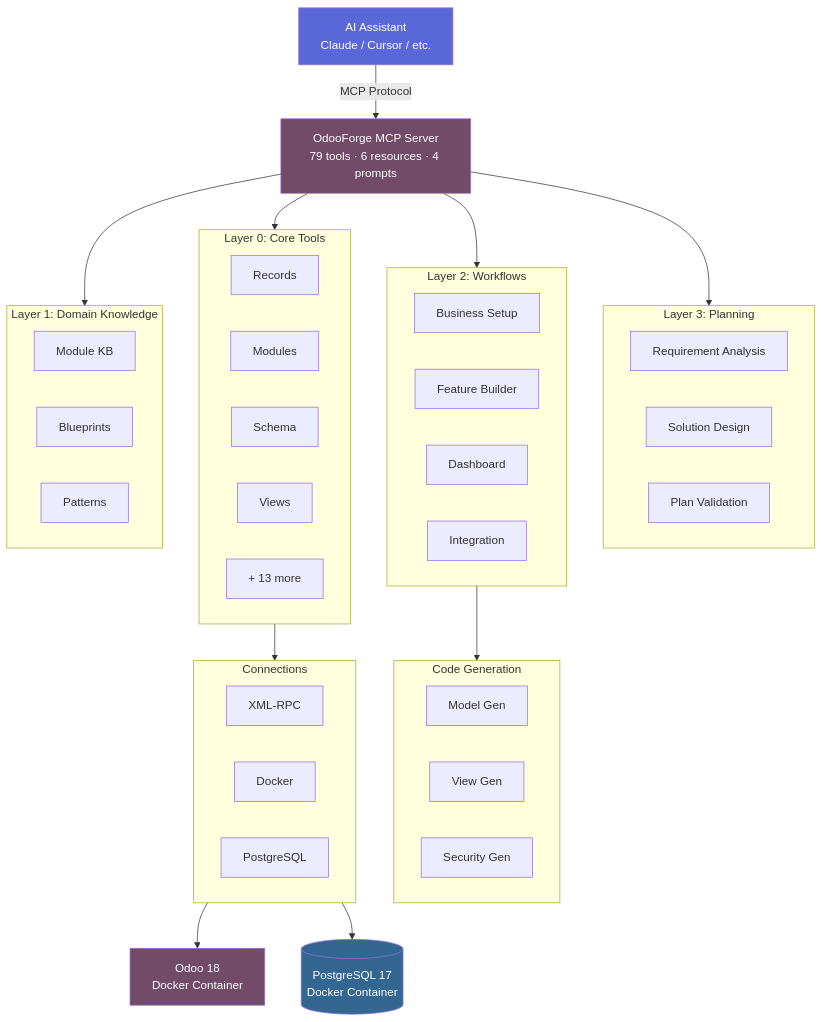
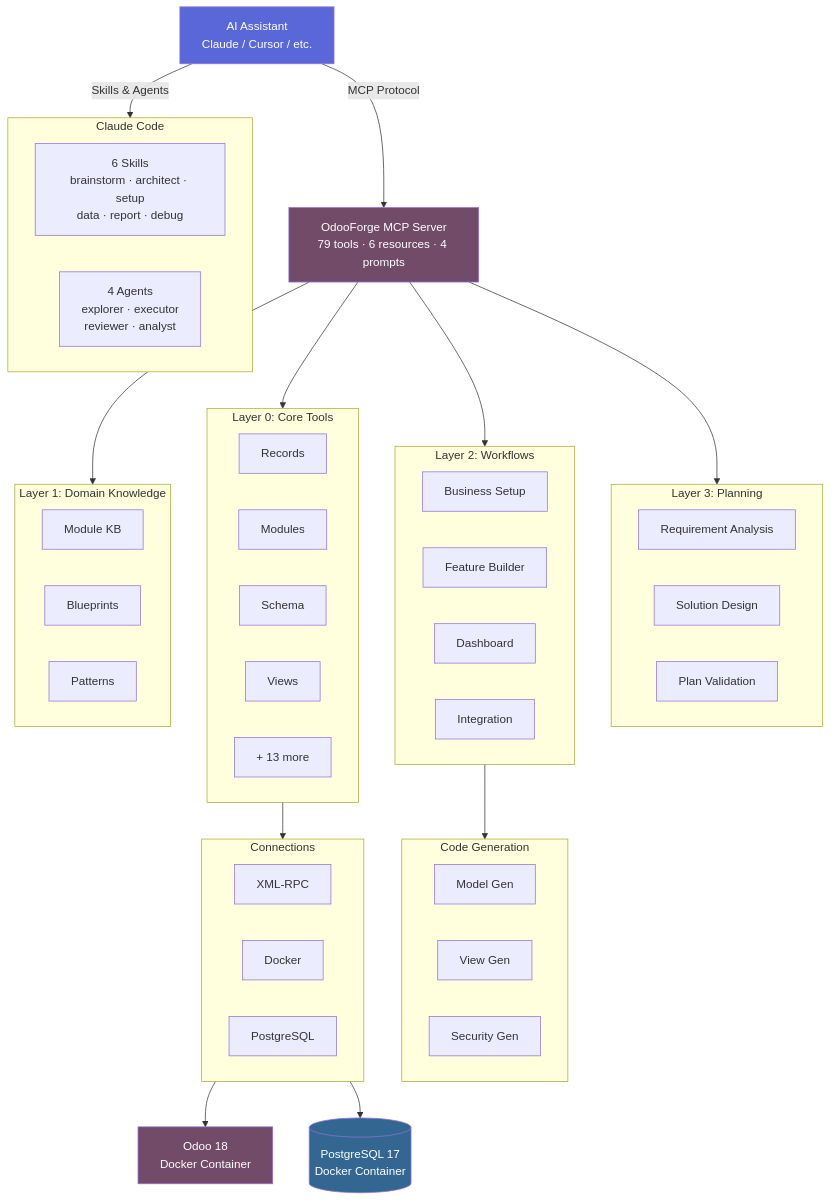
Before and after one commit to hamzatrq/odoo-forge: the diagram in README.md, drawn with Mermaid. The commit also changed other lines of this file and 3 other files, not shown here.

First line of the commit message:
docs: comprehensive update for v0.3.0 — skills, agents, lifecycle

````diff
--- a/README.md
+++ b/README.md
@@ -242,65 +289,73 @@
 ```mermaid
 graph TB
     AI[AI Assistant<br/>Claude / Cursor / etc.] -->|MCP Protocol| MCP[OdooForge MCP Server<br/>79 tools · 6 resources · 4 prompts]
+
+    AI -->|Skills & Agents| CC[Claude Code Integration<br/>6 skills · 4 agents]
 
     MCP --> Planning[Planning Layer]
     MCP --> Workflows[Workflow Layer]
     MCP --> Tools[Core Tool Layer]
     MCP --> Knowledge[Knowledge Layer]
+
+    subgraph CC[Claude Code]
+        direction LR
+        Skills[6 Skills<br/>brainstorm · architect · setup<br/>data · report · debug]
+        Agents[4 Agents<br/>explorer · executor<br/>reviewer · analyst]
+    end
 
     subgraph Planning[Layer 3: Planning]
         direction LR
         P1[Requirement Analysis]
         P2[Solution Design]
         P3[Plan Validation]
     end
 
     subgraph Workflows[Layer 2: Workflows]
         direction LR
         W1[Business Setup]
         W2[Feature Builder]
         W3[Dashboard]
         W4[Integration]
     end
 
     subgraph Tools[Layer 0: Core Tools]
         direction LR
         T1[Records]
         T2[Modules]
         T3[Schema]
         T4[Views]
         T5[+ 13 more]
     end
 
     subgraph Knowledge[Layer 1: Domain Knowledge]
         direction LR
         K1[Module KB]
         K2[Blueprints]
         K3[Patterns]
     end
 
     subgraph Codegen[Code Generation]
         direction LR
         C1[Model Gen]
         C2[View Gen]
         C3[Security Gen]
     end
 
     Workflows --> Codegen
     Tools --> Conn[Connections]
 
     subgraph Conn[Connections]
         direction LR
         RPC[XML-RPC]
         Docker[Docker]
         PG[PostgreSQL]
     end
 
     Conn --> Odoo[Odoo 18<br/>Docker Container]
     Conn --> DB[(PostgreSQL 17<br/>Docker Container)]
 
     style AI fill:#5A67D8,color:#fff
     style MCP fill:#714B67,color:#fff
     style Odoo fill:#714B67,color:#fff
     style DB fill:#336791,color:#fff
 ```
````
